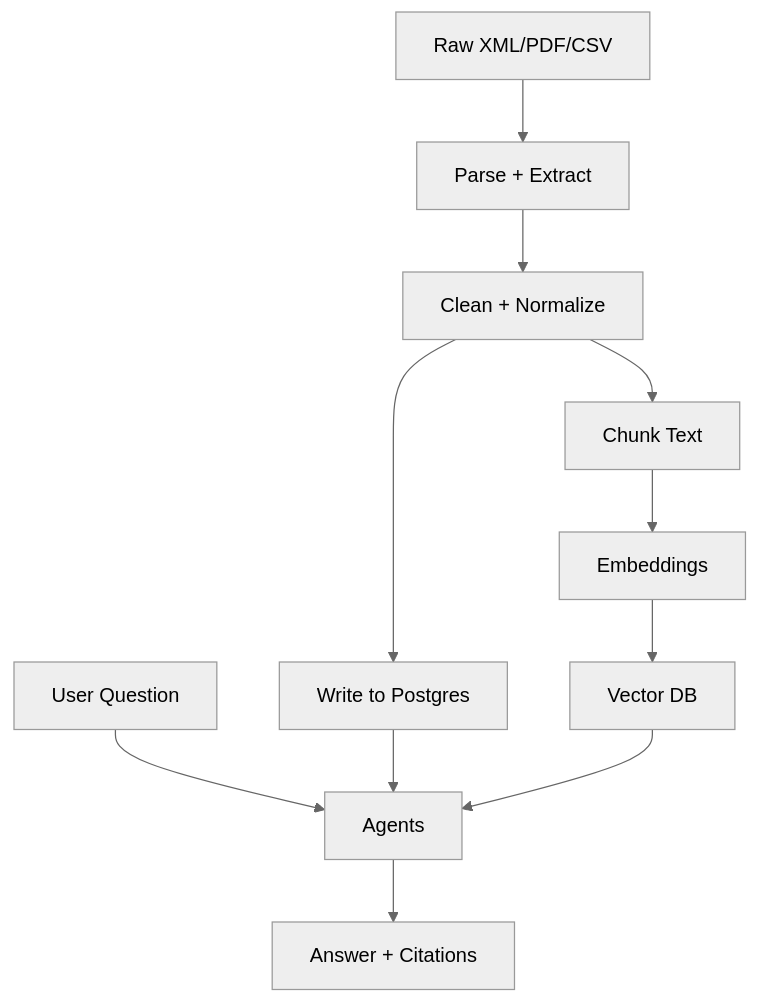
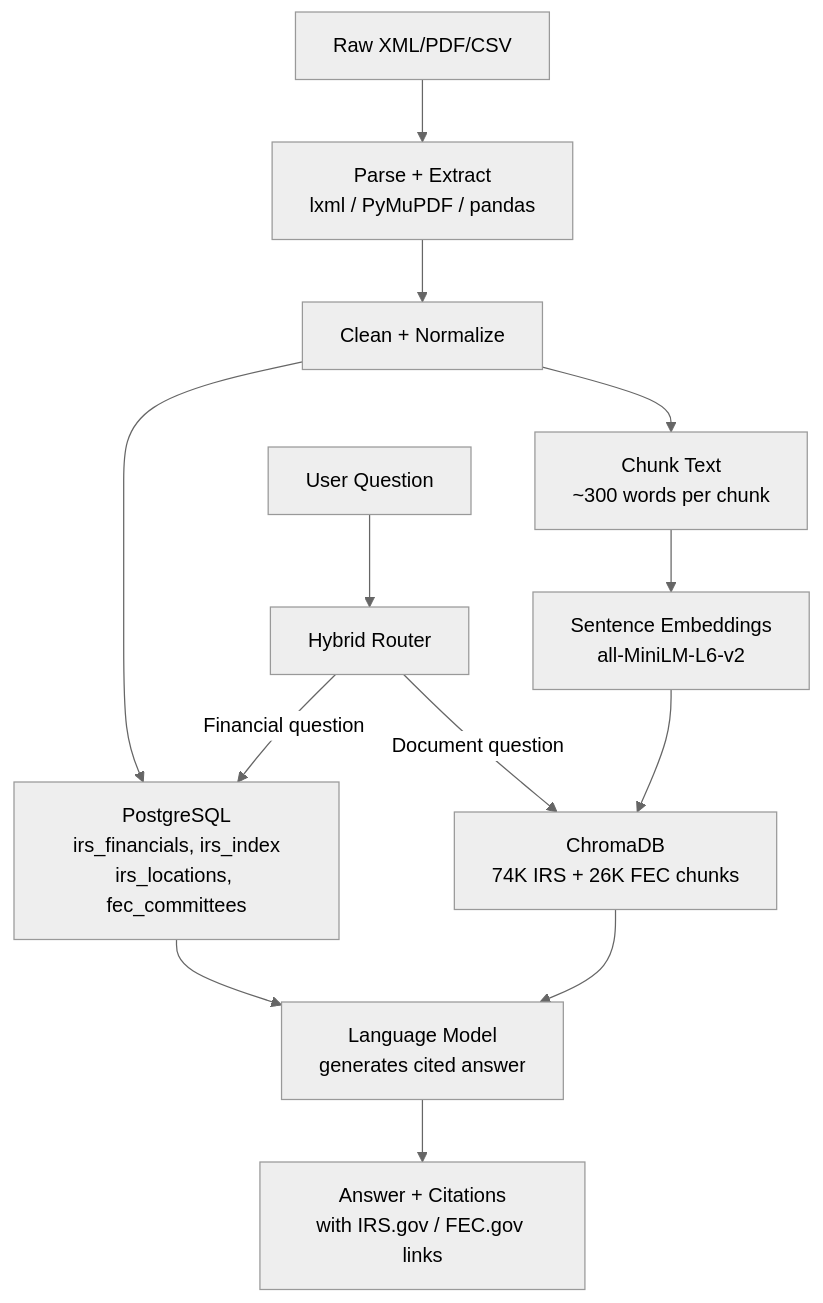
The second of 2 diagrams in README.md (saimanikantabattula/capstone-group2-investigative-rag), drawn with Mermaid (neutral theme) before and after one commit. The commit also changed other lines of this file, not shown here.

````diff
--- a/README.md
+++ b/README.md
@@ -22,13 +42,15 @@
 ```mermaid
 flowchart TB
-  A["Raw XML/PDF/CSV"] --> B["Parse + Extract"]
+  A["Raw XML/PDF/CSV"] --> B["Parse + Extract\nlxml / PyMuPDF / pandas"]
   B --> C["Clean + Normalize"]
-  C --> D["Write to Postgres"]
-  C --> E["Chunk Text"]
-  E --> F["Embeddings"]
-  F --> G["Vector DB"]
-  H["User Question"] --> I["Agents"]
-  D --> I
-  G --> I
-  I --> J["Answer + Citations"]
+  C --> D["PostgreSQL\nirs_financials, irs_index\nirs_locations, fec_committees"]
+  C --> E["Chunk Text\n~300 words per chunk"]
+  E --> F["Sentence Embeddings\nall-MiniLM-L6-v2"]
+  F --> G["ChromaDB\n74K IRS + 26K FEC chunks"]
+  H["User Question"] --> I["Hybrid Router"]
+  I -->|"Financial question"| D
+  I -->|"Document question"| G
+  D --> J["Language Model\ngenerates cited answer"]
+  G --> J
+  J --> K["Answer + Citations\nwith IRS.gov / FEC.gov links"]
 ```
````
